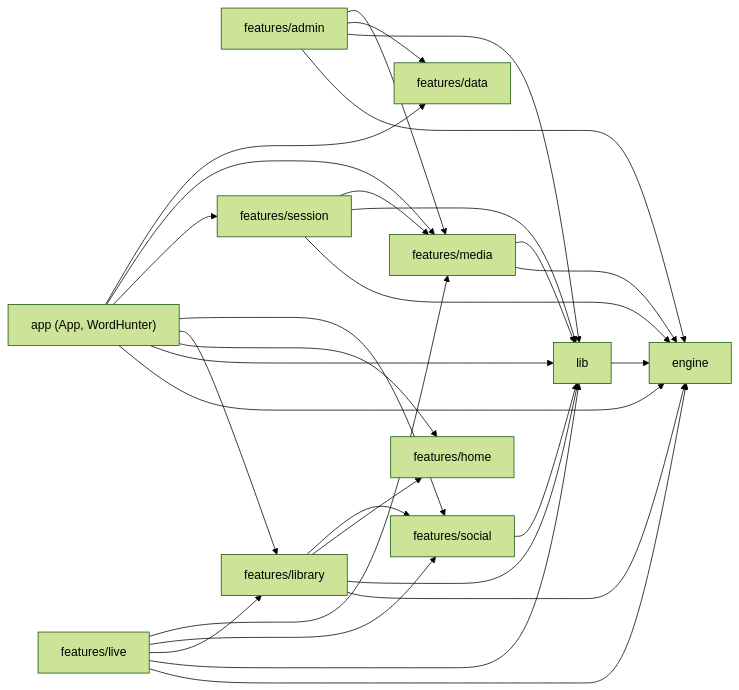
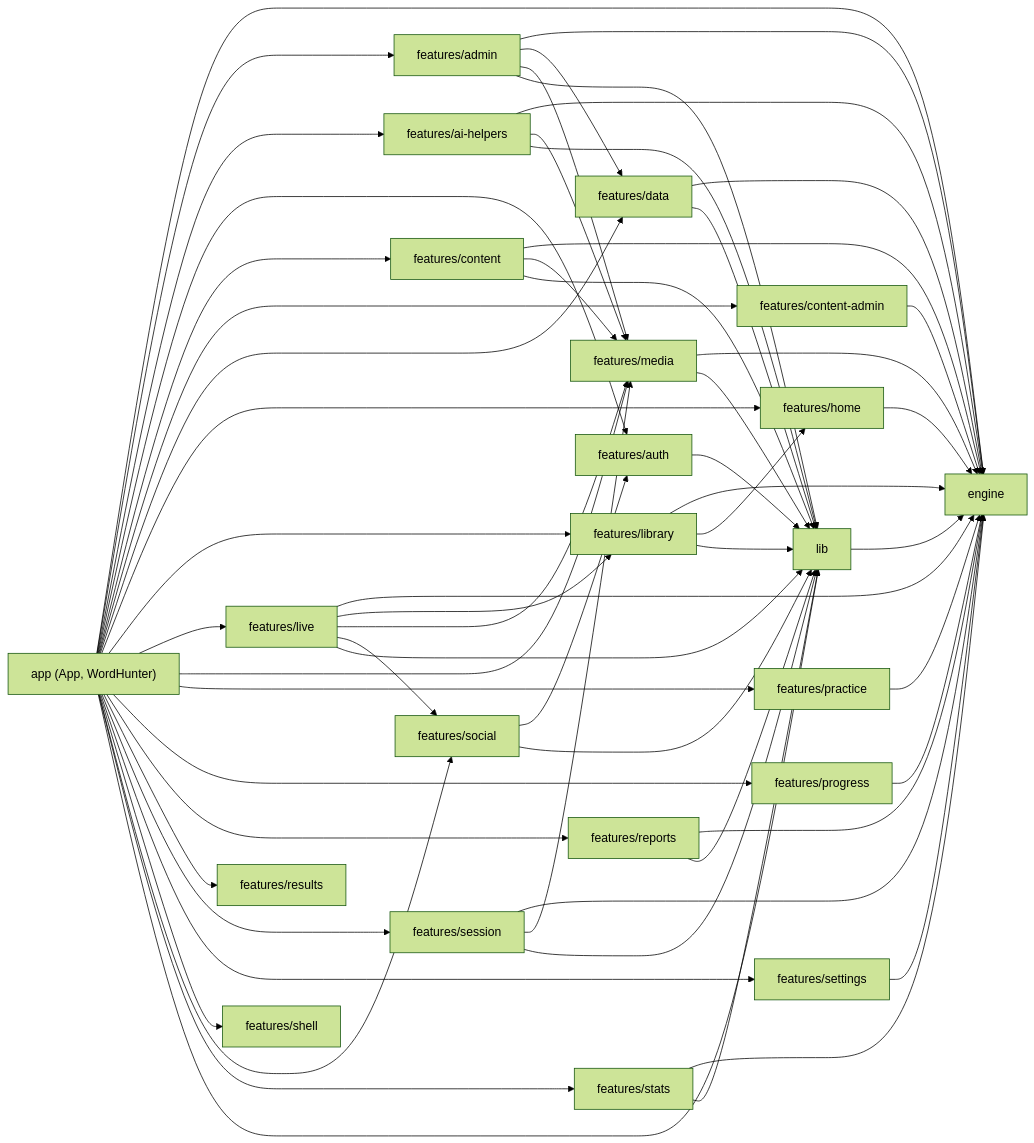
One commit to khaleddoosama/english-game changed the first of 2 diagrams in docs/architecture/module-map.md. Above: the diagram before and after it, drawn with Mermaid (forest theme). The commit also changed other lines of this file and 6 other files, not shown here.

````diff
--- a/docs/architecture/module-map.md
+++ b/docs/architecture/module-map.md
@@ -11,22 +12,44 @@
 ```mermaid
 flowchart LR
   app["app (App, WordHunter)"]
   engine["engine"]
-  lib["lib"]
   admin["features/admin"]
+  ai_helpers["features/ai-helpers"]
+  auth["features/auth"]
+  content["features/content"]
+  content_admin["features/content-admin"]
+  data["features/data"]
+  home["features/home"]
   library["features/library"]
   live["features/live"]
+  media["features/media"]
+  practice["features/practice"]
+  progress["features/progress"]
+  reports["features/reports"]
+  results["features/results"]
+  session["features/session"]
+  settings["features/settings"]
+  shell["features/shell"]
   social["features/social"]
-  session["features/session"]
-  home["features/home"]
-  media["features/media"]
-  data["features/data"]
-  app --> engine & lib & home & library & social & session & media & data
-  admin --> engine & lib & data & media
-  library --> engine & lib & home & social
-  live --> engine & lib & library & social & media
-  social --> lib
-  session --> engine & lib & media
+  stats["features/stats"]
+  lib["lib"]
+  app --> engine & admin & ai_helpers & auth & content & content_admin & data & home & library & live & media & practice & progress & reports & results & session & settings & shell & social & stats & lib
+  admin --> engine & data & media & lib
+  ai_helpers --> engine & media & lib
+  auth --> lib
+  content --> engine & media & lib
+  content_admin --> engine
+  data --> engine & lib
+  home --> engine
+  library --> engine & home & lib
+  live --> engine & library & media & social & lib
+  media --> engine & lib
+  practice --> engine
+  progress --> engine
+  reports --> engine & lib
+  session --> engine & media & lib
+  settings --> engine
+  social --> auth & lib
+  stats --> engine & lib
   lib --> engine
-  media --> engine & lib
 ```
````
